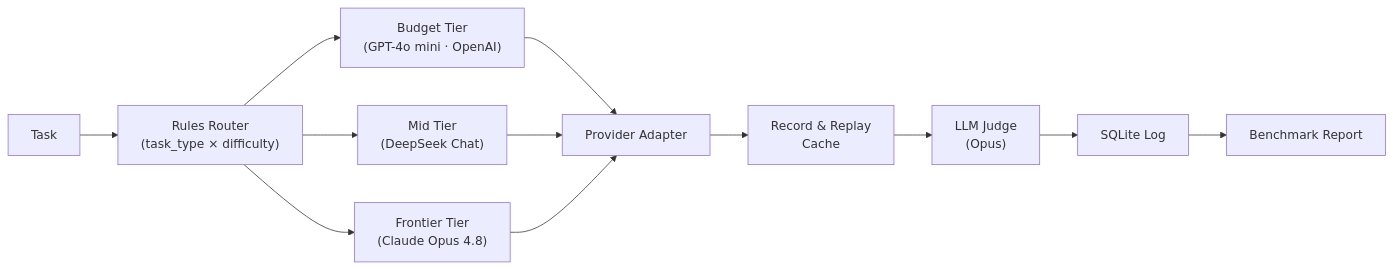
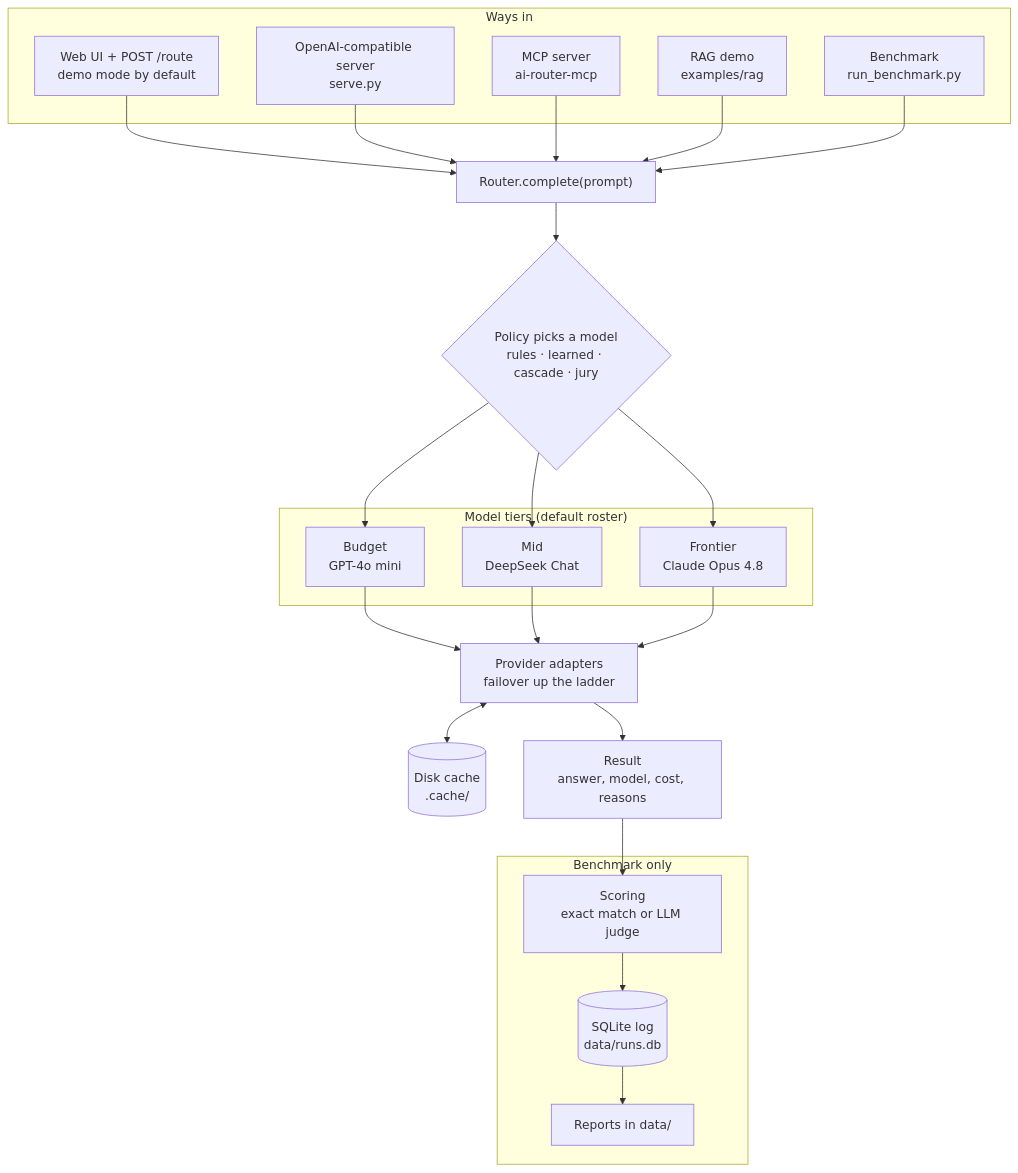
One commit to phillthereal/ai-workload-router changed the diagram in README.md. Above: the diagram before and after it, drawn with Mermaid. The commit also changed other lines of this file, not shown here.

````diff
--- a/README.md
+++ b/README.md
@@ -29,25 +23,47 @@
 ```mermaid
-flowchart LR
-    Task["Task"]
-    Router["Rules Router<br/>(task_type × difficulty)"]
-    Budget["Budget Tier<br/>(GPT-4o mini · OpenAI)"]
-    Mid["Mid Tier<br/>(DeepSeek Chat)"]
-    Frontier["Frontier Tier<br/>(Claude Opus 4.8)"]
-    Adapter["Provider Adapter"]
-    Cache["Record & Replay<br/>Cache"]
-    Judge["LLM Judge<br/>(Opus)"]
-    Log["SQLite Log"]
-    Report["Benchmark Report"]
-    
-    Task --> Router
-    Router --> Budget
-    Router --> Mid
-    Router --> Frontier
-    Budget --> Adapter
-    Mid --> Adapter
-    Frontier --> Adapter
-    Adapter --> Cache
-    Cache --> Judge
-    Judge --> Log
-    Log --> Report
+flowchart TD
+    subgraph entry["Ways in"]
+        WEB["Web UI + POST /route<br/>demo mode by default"]
+        OAI["OpenAI-compatible server<br/>serve.py"]
+        MCP["MCP server<br/>ai-router-mcp"]
+        RAG["RAG demo<br/>examples/rag"]
+        BENCH["Benchmark<br/>run_benchmark.py"]
+    end
+
+    ROUTER["Router.complete(prompt)"]
+    POLICY{"Policy picks a model<br/>rules · learned · cascade · jury"}
+
+    subgraph tiers["Model tiers (default roster)"]
+        BUDGET["Budget<br/>GPT-4o mini"]
+        MID["Mid<br/>DeepSeek Chat"]
+        FRONTIER["Frontier<br/>Claude Opus 4.8"]
+    end
+
+    ADAPTER["Provider adapters<br/>failover up the ladder"]
+    CACHE[("Disk cache<br/>.cache/")]
+    RESULT["Result<br/>answer, model, cost, reasons"]
+
+    subgraph measure["Benchmark only"]
+        SCORE["Scoring<br/>exact match or LLM judge"]
+        DB[("SQLite log<br/>data/runs.db")]
+        REPORT["Reports in data/"]
+    end
+
+    WEB --> ROUTER
+    OAI --> ROUTER
+    MCP --> ROUTER
+    RAG --> ROUTER
+    BENCH --> ROUTER
+    ROUTER --> POLICY
+    POLICY --> BUDGET
+    POLICY --> MID
+    POLICY --> FRONTIER
+    BUDGET --> ADAPTER
+    MID --> ADAPTER
+    FRONTIER --> ADAPTER
+    ADAPTER <--> CACHE
+    ADAPTER --> RESULT
+    RESULT --> SCORE
+    SCORE --> DB
+    DB --> REPORT
 ```
````
